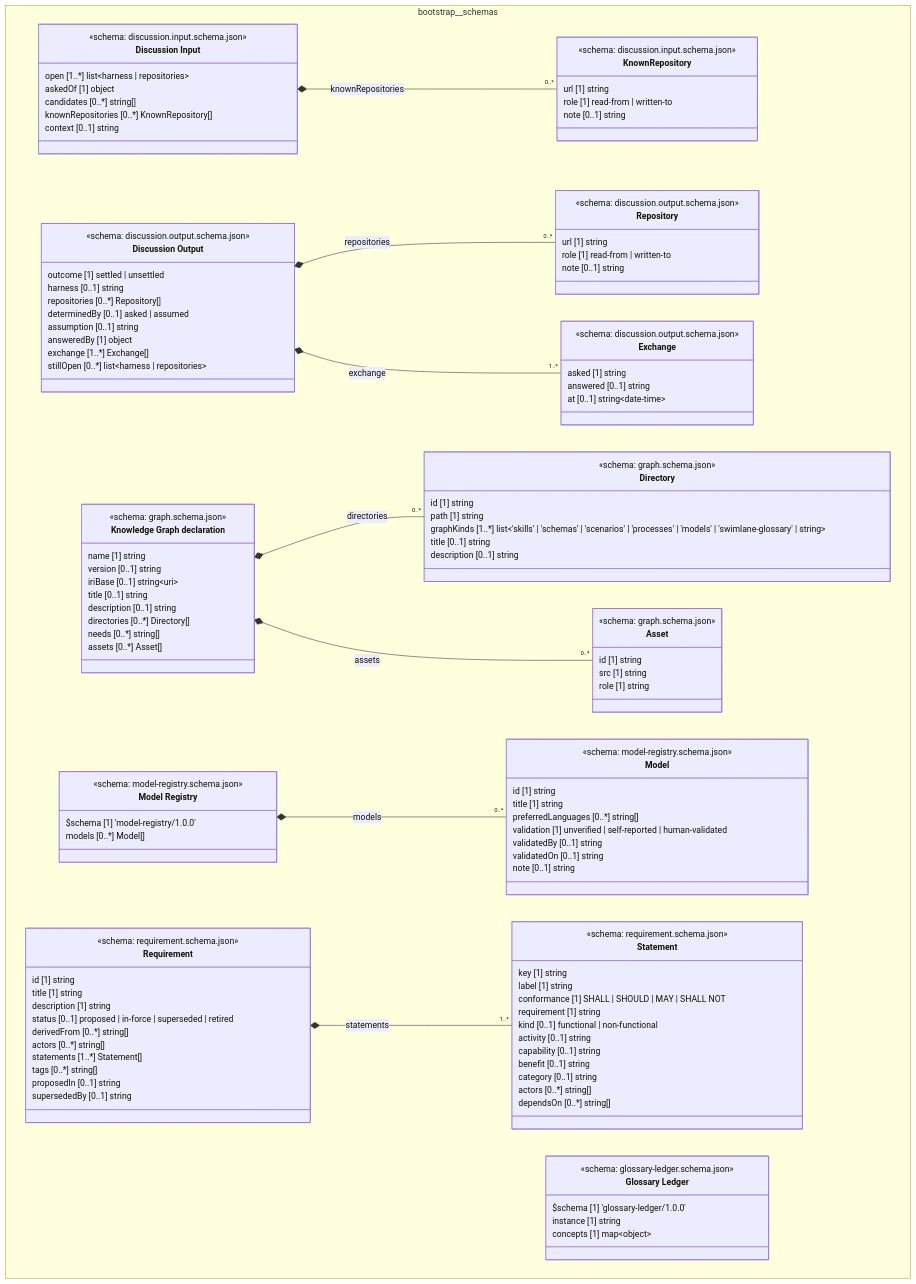
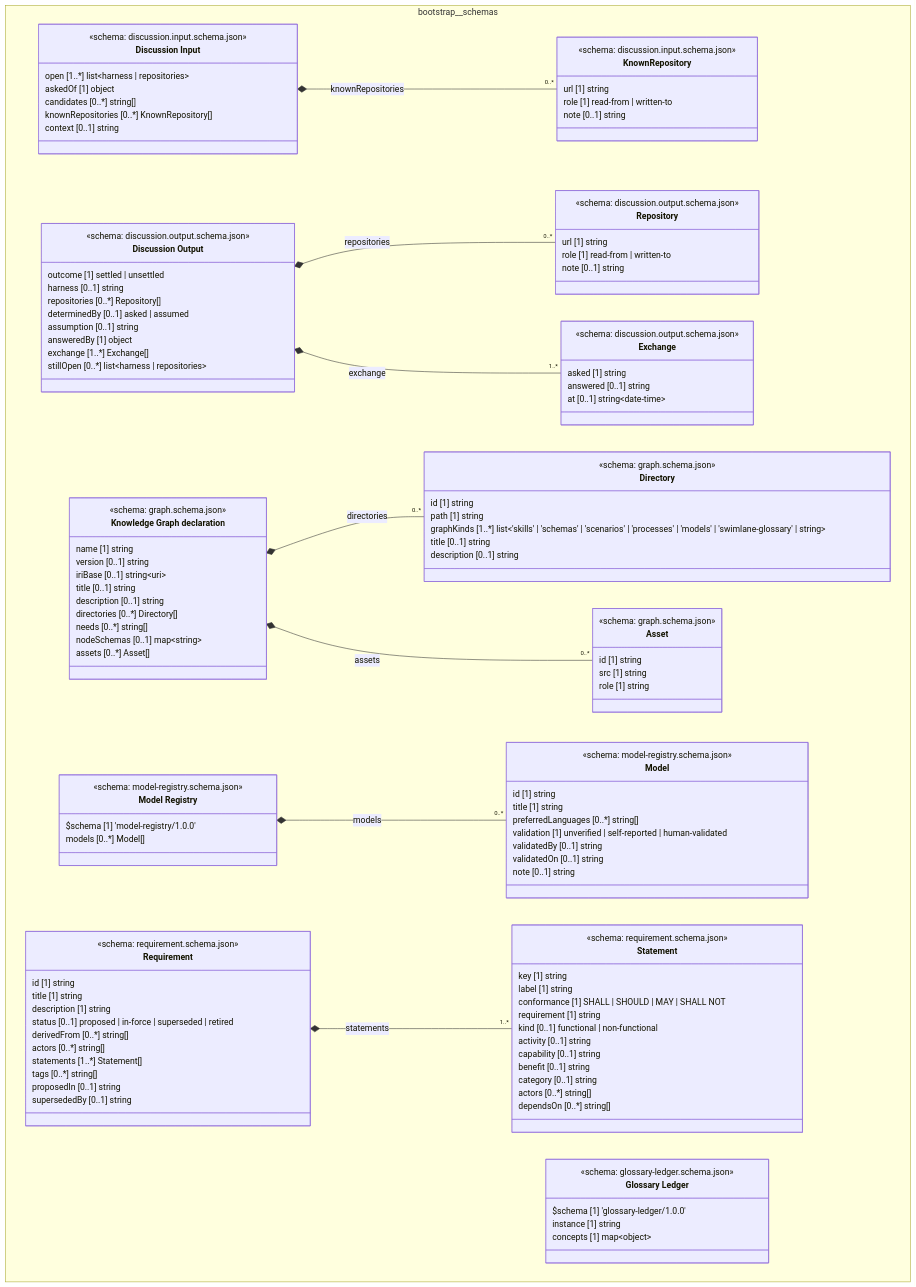
Before and after one commit to litlfred/folio-assistant: the diagram in cat-harness/uml/overview/bootstrap/schemas.mmd, drawn with Mermaid. The commit also changed 25 other files, not shown here.

First line of the commit message:
Bootstrap declares its Node Kinds: nodeSchemas maps each $schema tag to the schema that defines it

```diff
--- a/cat-harness/uml/overview/bootstrap/schemas.mmd
+++ b/cat-harness/uml/overview/bootstrap/schemas.mmd
@@ -1,134 +1,135 @@
 classDiagram
   direction TB
   namespace bootstrap__schemas {
     class bootstrap_schemas_discussion_input_schema_json_KnownRepository["KnownRepository"] {
       <<schema: discussion.input.schema.json>>
       url [1] string
       role [1] read-from | written-to
       note [0..1] string
     }
     class bootstrap_schemas_discussion_input_schema_json_Discussion_Input["Discussion Input"] {
       <<schema: discussion.input.schema.json>>
       open [1..*] list~harness | repositories~
       askedOf [1] object
       candidates [0..*] string[]
       knownRepositories [0..*] KnownRepository[]
       context [0..1] string
     }
     class bootstrap_schemas_discussion_output_schema_json_Repository["Repository"] {
       <<schema: discussion.output.schema.json>>
       url [1] string
       role [1] read-from | written-to
       note [0..1] string
     }
     class bootstrap_schemas_discussion_output_schema_json_Exchange["Exchange"] {
       <<schema: discussion.output.schema.json>>
       asked [1] string
       answered [0..1] string
       at [0..1] string~date-time~
     }
     class bootstrap_schemas_discussion_output_schema_json_Discussion_Output["Discussion Output"] {
       <<schema: discussion.output.schema.json>>
       outcome [1] settled | unsettled
       harness [0..1] string
       repositories [0..*] Repository[]
       determinedBy [0..1] asked | assumed
       assumption [0..1] string
       answeredBy [1] object
       exchange [1..*] Exchange[]
       stillOpen [0..*] list~harness | repositories~
     }
     class bootstrap_schemas_glossary_ledger_schema_json_Glossary_Ledger["Glossary Ledger"] {
       <<schema: glossary-ledger.schema.json>>
       $schema [1] 'glossary-ledger/1.0.0'
       instance [1] string
       concepts [1] map~object~
     }
     class bootstrap_schemas_graph_schema_json_Directory["Directory"] {
       <<schema: graph.schema.json>>
       id [1] string
       path [1] string
       graphKinds [1..*] list~'skills' | 'schemas' | 'scenarios' | 'processes' | 'models' | 'swimlane-glossary' | string~
       title [0..1] string
       description [0..1] string
     }
     class bootstrap_schemas_graph_schema_json_Asset["Asset"] {
       <<schema: graph.schema.json>>
       id [1] string
       src [1] string
       role [1] string
     }
     class bootstrap_schemas_graph_schema_json_Knowledge_Graph_declaration["Knowledge Graph declaration"] {
       <<schema: graph.schema.json>>
       name [1] string
       version [0..1] string
       iriBase [0..1] string~uri~
       title [0..1] string
       description [0..1] string
       directories [0..*] Directory[]
       needs [0..*] string[]
+      nodeSchemas [0..1] map~string~
       assets [0..*] Asset[]
     }
     class bootstrap_schemas_model_registry_schema_json_Model["Model"] {
       <<schema: model-registry.schema.json>>
       id [1] string
       title [1] string
       preferredLanguages [0..*] string[]
       validation [1] unverified | self-reported | human-validated
       validatedBy [0..1] string
       validatedOn [0..1] string
       note [0..1] string
     }
     class bootstrap_schemas_model_registry_schema_json_Model_Registry["Model Registry"] {
       <<schema: model-registry.schema.json>>
       $schema [1] 'model-registry/1.0.0'
       models [0..*] Model[]
     }
     class bootstrap_schemas_requirement_schema_json_Statement["Statement"] {
       <<schema: requirement.schema.json>>
       key [1] string
       label [1] string
       conformance [1] SHALL | SHOULD | MAY | SHALL NOT
       requirement [1] string
       kind [0..1] functional | non-functional
       activity [0..1] string
       capability [0..1] string
       benefit [0..1] string
       category [0..1] string
       actors [0..*] string[]
       dependsOn [0..*] string[]
     }
     class bootstrap_schemas_requirement_schema_json_Requirement["Requirement"] {
       <<schema: requirement.schema.json>>
       id [1] string
       title [1] string
       description [1] string
       status [0..1] proposed | in-force | superseded | retired
       derivedFrom [0..*] string[]
       actors [0..*] string[]
       statements [1..*] Statement[]
       tags [0..*] string[]
       proposedIn [0..1] string
       supersededBy [0..1] string
     }
   }
   bootstrap_schemas_discussion_input_schema_json_Discussion_Input *-- "0..*" bootstrap_schemas_discussion_input_schema_json_KnownRepository : knownRepositories
   bootstrap_schemas_discussion_output_schema_json_Discussion_Output *-- "0..*" bootstrap_schemas_discussion_output_schema_json_Repository : repositories
   bootstrap_schemas_discussion_output_schema_json_Discussion_Output *-- "1..*" bootstrap_schemas_discussion_output_schema_json_Exchange : exchange
   bootstrap_schemas_graph_schema_json_Knowledge_Graph_declaration *-- "0..*" bootstrap_schemas_graph_schema_json_Directory : directories
   bootstrap_schemas_graph_schema_json_Knowledge_Graph_declaration *-- "0..*" bootstrap_schemas_graph_schema_json_Asset : assets
   bootstrap_schemas_model_registry_schema_json_Model_Registry *-- "0..*" bootstrap_schemas_model_registry_schema_json_Model : models
   bootstrap_schemas_requirement_schema_json_Requirement *-- "1..*" bootstrap_schemas_requirement_schema_json_Statement : statements
   cssClass "bootstrap_schemas_discussion_input_schema_json_KnownRepository" fa_uml_kind_schemas
   cssClass "bootstrap_schemas_discussion_input_schema_json_Discussion_Input" fa_uml_kind_schemas
   cssClass "bootstrap_schemas_discussion_output_schema_json_Repository" fa_uml_kind_schemas
   cssClass "bootstrap_schemas_discussion_output_schema_json_Exchange" fa_uml_kind_schemas
   cssClass "bootstrap_schemas_discussion_output_schema_json_Discussion_Output" fa_uml_kind_schemas
   cssClass "bootstrap_schemas_glossary_ledger_schema_json_Glossary_Ledger" fa_uml_kind_schemas
   cssClass "bootstrap_schemas_graph_schema_json_Directory" fa_uml_kind_schemas
   cssClass "bootstrap_schemas_graph_schema_json_Asset" fa_uml_kind_schemas
   cssClass "bootstrap_schemas_graph_schema_json_Knowledge_Graph_declaration" fa_uml_kind_schemas
   cssClass "bootstrap_schemas_model_registry_schema_json_Model" fa_uml_kind_schemas
   cssClass "bootstrap_schemas_model_registry_schema_json_Model_Registry" fa_uml_kind_schemas
   cssClass "bootstrap_schemas_requirement_schema_json_Statement" fa_uml_kind_schemas
   cssClass "bootstrap_schemas_requirement_schema_json_Requirement" fa_uml_kind_schemas
```
